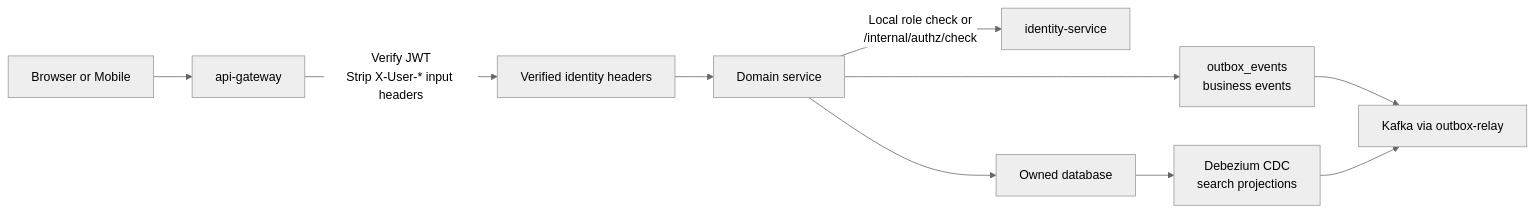
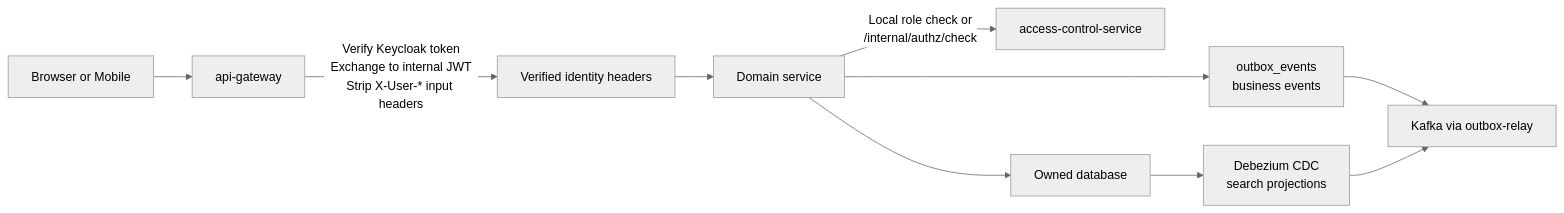
Before and after one commit to phamkhachoa/courseflow: the fourth of 4 diagrams in README.md, drawn with Mermaid (neutral theme). The commit also changed other lines of this file and 209 other files, not shown here.

````diff
--- a/README.md
+++ b/README.md
@@ -216,12 +230,12 @@
 ```mermaid
 flowchart LR
   Browser["Browser or Mobile"] --> Gateway["api-gateway"]
-  Gateway -->|"Verify JWT\nStrip X-User-* input headers"| Claims["Verified identity headers"]
+  Gateway -->|"Verify Keycloak token\nExchange to internal JWT\nStrip X-User-* input headers"| Claims["Verified identity headers"]
   Claims --> Service["Domain service"]
-  Service -->|"Local role check or\n/internal/authz/check"| Identity["identity-service"]
+  Service -->|"Local role check or\n/internal/authz/check"| AccessControl["access-control-service"]
   Service --> Store["Owned database"]
   Service --> Outbox["outbox_events\nbusiness events"]
   Outbox --> Kafka["Kafka via outbox-relay"]
   Store --> Debezium["Debezium CDC\nsearch projections"]
   Debezium --> Kafka
 ```
````
